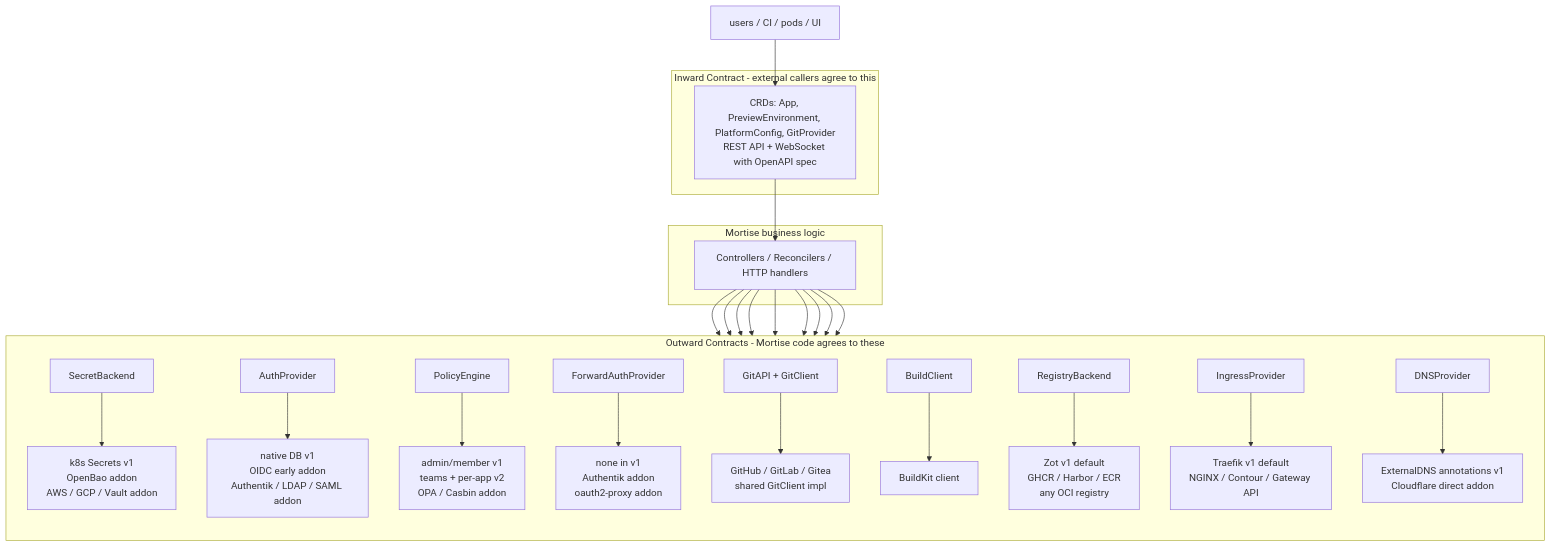
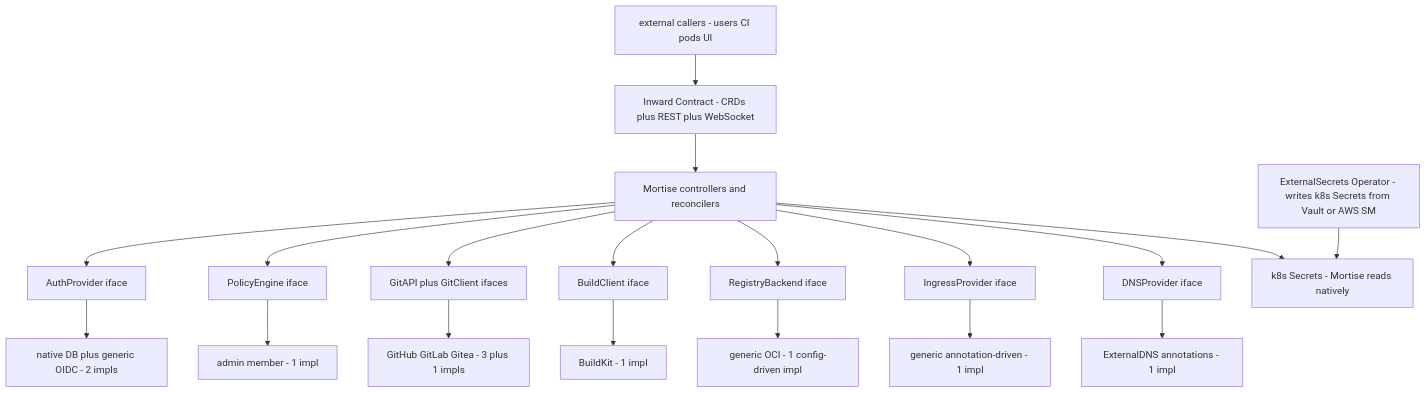
One commit to mortise-org/mortise changed the third of 5 diagrams in ARCHITECTURE.md. Above: the diagram before and after it, drawn with Mermaid. The commit also changed other lines of this file and 1 other file, not shown here.

Commit message:
simplify spec

````diff
--- a/ARCHITECTURE.md
+++ b/ARCHITECTURE.md
@@ -195,37 +194,38 @@
 ```mermaid
 flowchart TB
-    Callers["users / CI / pods / UI"]
+    Callers["external callers - users CI pods UI"]
+    Public["Inward Contract - CRDs plus REST plus WebSocket"]
+    Ctrl["Mortise controllers and reconcilers"]
 
-    subgraph Inward["Inward Contract - external callers agree to this"]
-        Public["CRDs: App, PreviewEnvironment, PlatformConfig, GitProvider<br/>REST API + WebSocket with OpenAPI spec"]
-    end
+    AU["AuthProvider iface"]
+    AUImpl["native DB plus generic OIDC - 2 impls"]
+    PE["PolicyEngine iface"]
+    PEImpl["admin member - 1 impl"]
+    GA["GitAPI plus GitClient ifaces"]
+    GAImpl["GitHub GitLab Gitea - 3 plus 1 impls"]
+    BC["BuildClient iface"]
+    BCImpl["BuildKit - 1 impl"]
+    RB["RegistryBackend iface"]
+    RBImpl["generic OCI - 1 config-driven impl"]
+    IP["IngressProvider iface"]
+    IPImpl["generic annotation-driven - 1 impl"]
+    DP["DNSProvider iface"]
+    DPImpl["ExternalDNS annotations - 1 impl"]
 
-    subgraph Business["Mortise business logic"]
-        Ctrl["Controllers / Reconcilers / HTTP handlers"]
-    end
-
-    subgraph Outward["Outward Contracts - Mortise code agrees to these"]
-        direction TB
-        SB["SecretBackend"] --> SBImpl["k8s Secrets v1<br/>OpenBao addon<br/>AWS / GCP / Vault addon"]
-        AU["AuthProvider"] --> AUImpl["native DB v1<br/>OIDC early addon<br/>Authentik / LDAP / SAML addon"]
-        PE["PolicyEngine"] --> PEImpl["admin/member v1<br/>teams + per-app v2<br/>OPA / Casbin addon"]
-        FA["ForwardAuthProvider"] --> FAImpl["none in v1<br/>Authentik addon<br/>oauth2-proxy addon"]
-        GA["GitAPI + GitClient"] --> GAImpl["GitHub / GitLab / Gitea<br/>shared GitClient impl"]
-        BC["BuildClient"] --> BCImpl["BuildKit client"]
-        RB["RegistryBackend"] --> RBImpl["Zot v1 default<br/>GHCR / Harbor / ECR<br/>any OCI registry"]
-        IP["IngressProvider"] --> IPImpl["Traefik v1 default<br/>NGINX / Contour / Gateway API"]
-        DP["DNSProvider"] --> DPImpl["ExternalDNS annotations v1<br/>Cloudflare direct addon"]
-    end
+    ESO["ExternalSecrets Operator - writes k8s Secrets from Vault or AWS SM"]
+    K8sSec["k8s Secrets - Mortise reads natively"]
 
     Callers --> Public
     Public --> Ctrl
-    Ctrl --> SB
-    Ctrl --> AU
-    Ctrl --> PE
-    Ctrl --> FA
-    Ctrl --> GA
-    Ctrl --> BC
-    Ctrl --> RB
-    Ctrl --> IP
-    Ctrl --> DP
+
+    Ctrl --> AU --> AUImpl
+    Ctrl --> PE --> PEImpl
+    Ctrl --> GA --> GAImpl
+    Ctrl --> BC --> BCImpl
+    Ctrl --> RB --> RBImpl
+    Ctrl --> IP --> IPImpl
+    Ctrl --> DP --> DPImpl
+
+    Ctrl --> K8sSec
+    ESO --> K8sSec
 ```
````
